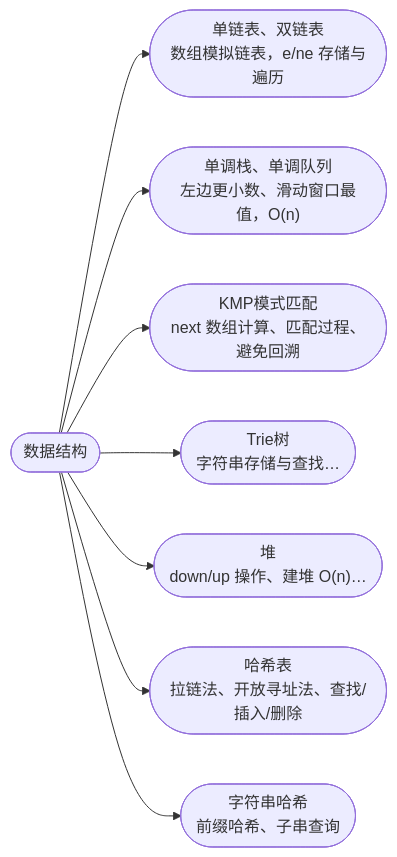
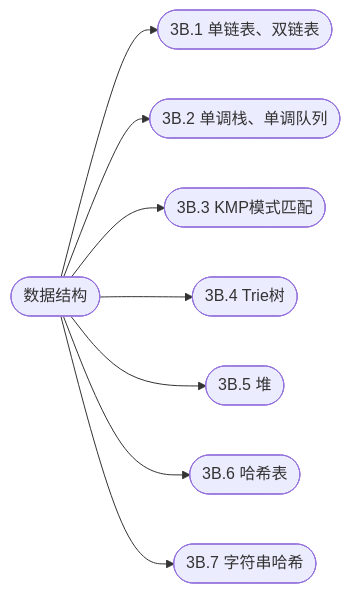
Before and after one commit to cuberxl/Coders-Note: the diagram in 3B-数据结构/index.md, drawn with Mermaid. The commit also changed other lines of this file and 153 other files, not shown here.

````diff
--- a/3B-数据结构/index.md
+++ b/3B-数据结构/index.md
@@ -27,11 +27,11 @@
 ```mermaid
 flowchart LR
     R(["数据结构"])
-    R --> N1(["单链表、双链表<br/>数组模拟链表，e/ne 存储与遍历"])
-    R --> N2(["单调栈、单调队列<br/>左边更小数、滑动窗口最值，O(n)"])
-    R --> N3(["KMP模式匹配<br/>next 数组计算、匹配过程、避免回溯"])
-    R --> N4(["Trie树<br/>字符串存储与查找…"])
-    R --> N5(["堆<br/>down/up 操作、建堆 O(n)…"])
-    R --> N6(["哈希表<br/>拉链法、开放寻址法、查找/插入/删除"])
-    R --> N7(["字符串哈希<br/>前缀哈希、子串查询"])
+    R --> N1(["3B.1 单链表、双链表"])
+    R --> N2(["3B.2 单调栈、单调队列"])
+    R --> N3(["3B.3 KMP模式匹配"])
+    R --> N4(["3B.4 Trie树"])
+    R --> N5(["3B.5 堆"])
+    R --> N6(["3B.6 哈希表"])
+    R --> N7(["3B.7 字符串哈希"])
 ```
````
